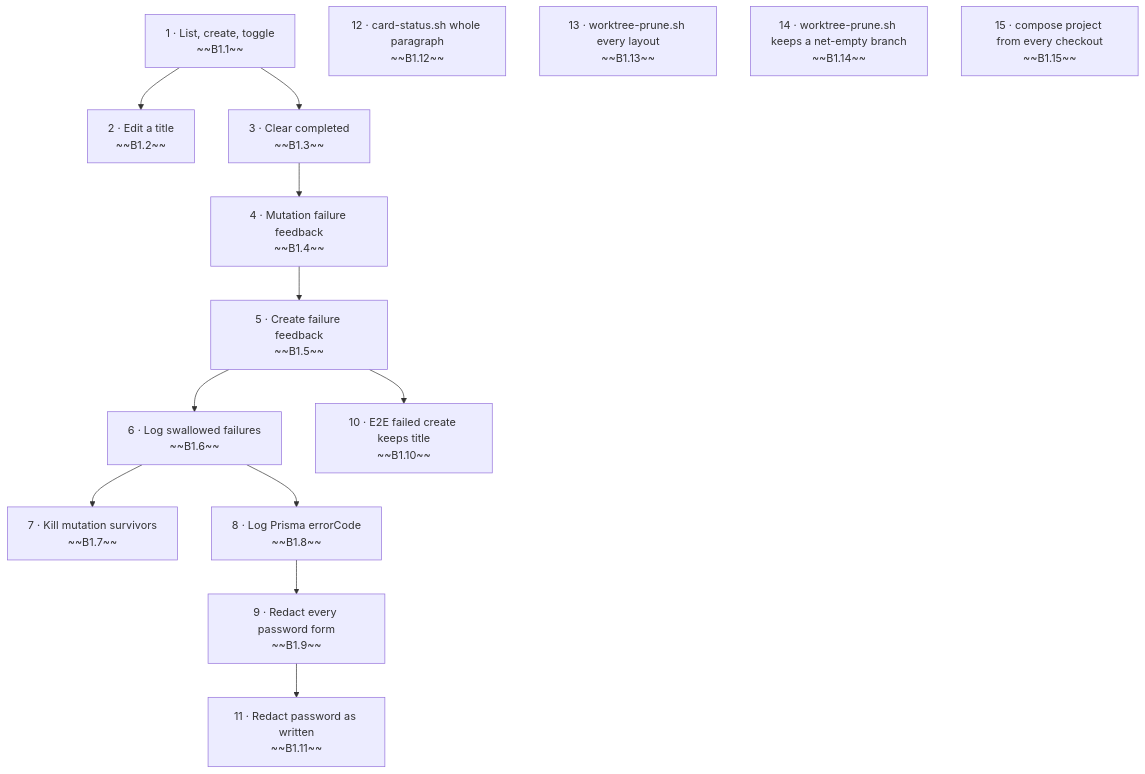
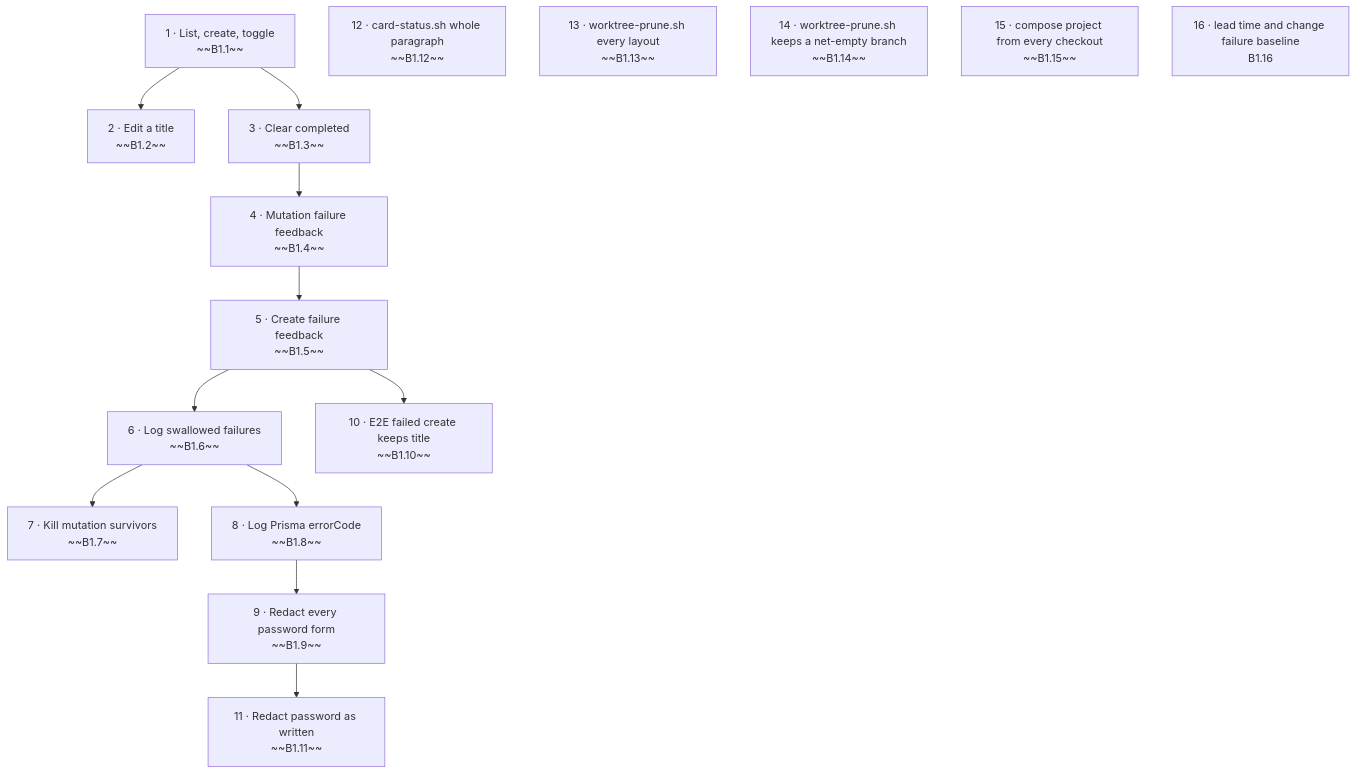
One commit to st-minhho2/level-up-lab changed the diagram in backlog/README.md. Above: the diagram before and after it, drawn with Mermaid. The commit also changed other lines of this file and 1 other file, not shown here.

Commit message:
docs(backlog): card B1.16 lead time and change failure rate baseline

````diff
--- a/backlog/README.md
+++ b/backlog/README.md
@@ -15,28 +15,29 @@
 ```mermaid
 flowchart TD
   S1["1 · List, create, toggle<br/>~~B1.1~~"]
   S2["2 · Edit a title<br/>~~B1.2~~"]
   S3["3 · Clear completed<br/>~~B1.3~~"]
   S1 --> S2
   S4["4 · Mutation failure feedback<br/>~~B1.4~~"]
   S1 --> S3
   S3 --> S4
   S5["5 · Create failure feedback<br/>~~B1.5~~"]
   S4 --> S5
   S6["6 · Log swallowed failures<br/>~~B1.6~~"]
   S5 --> S6
   S7["7 · Kill mutation survivors<br/>~~B1.7~~"]
   S6 --> S7
   S8["8 · Log Prisma errorCode<br/>~~B1.8~~"]
   S6 --> S8
   S9["9 · Redact every password form<br/>~~B1.9~~"]
   S8 --> S9
   S10["10 · E2E failed create keeps title<br/>~~B1.10~~"]
   S5 --> S10
   S11["11 · Redact password as written<br/>~~B1.11~~"]
   S9 --> S11
   S12["12 · card-status.sh whole paragraph<br/>~~B1.12~~"]
   S13["13 · worktree-prune.sh every layout<br/>~~B1.13~~"]
   S14["14 · worktree-prune.sh keeps a net-empty branch<br/>~~B1.14~~"]
   S15["15 · compose project from every checkout<br/>~~B1.15~~"]
+  S16["16 · lead time and change failure baseline<br/>B1.16"]
 ```
````
